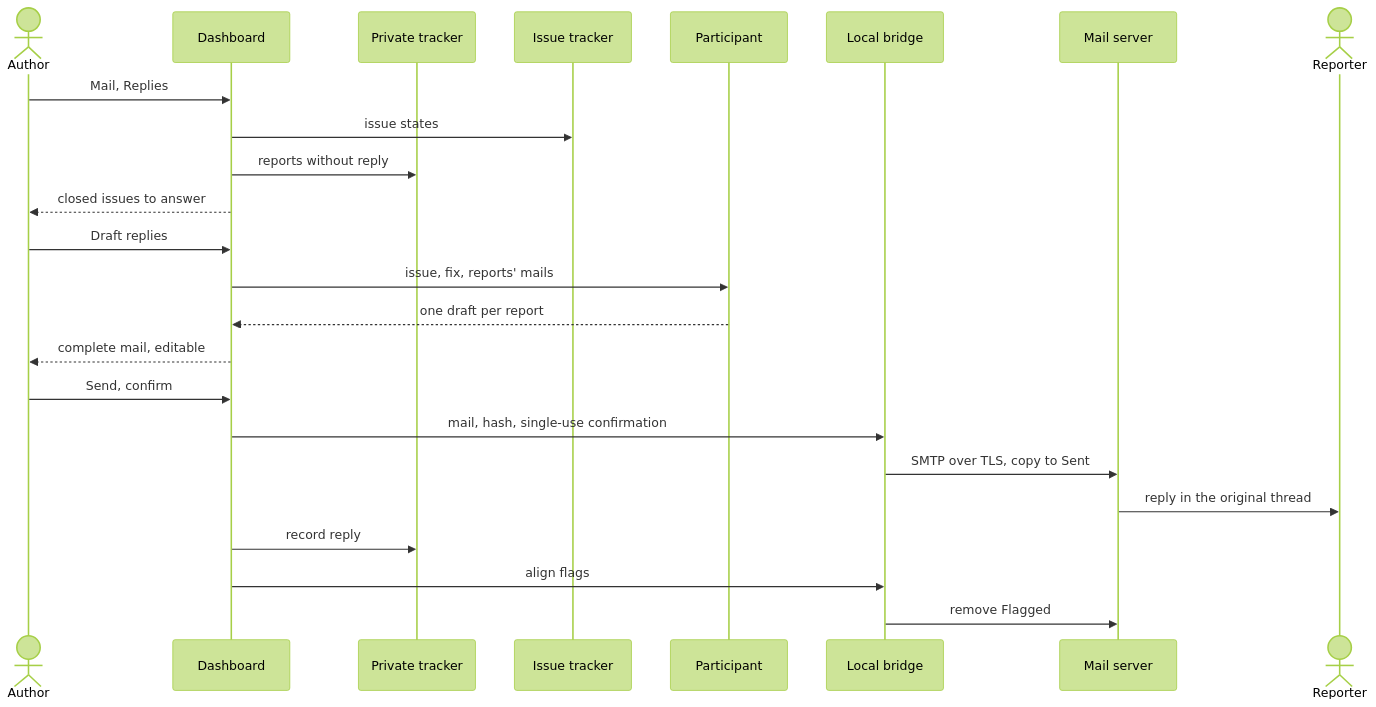
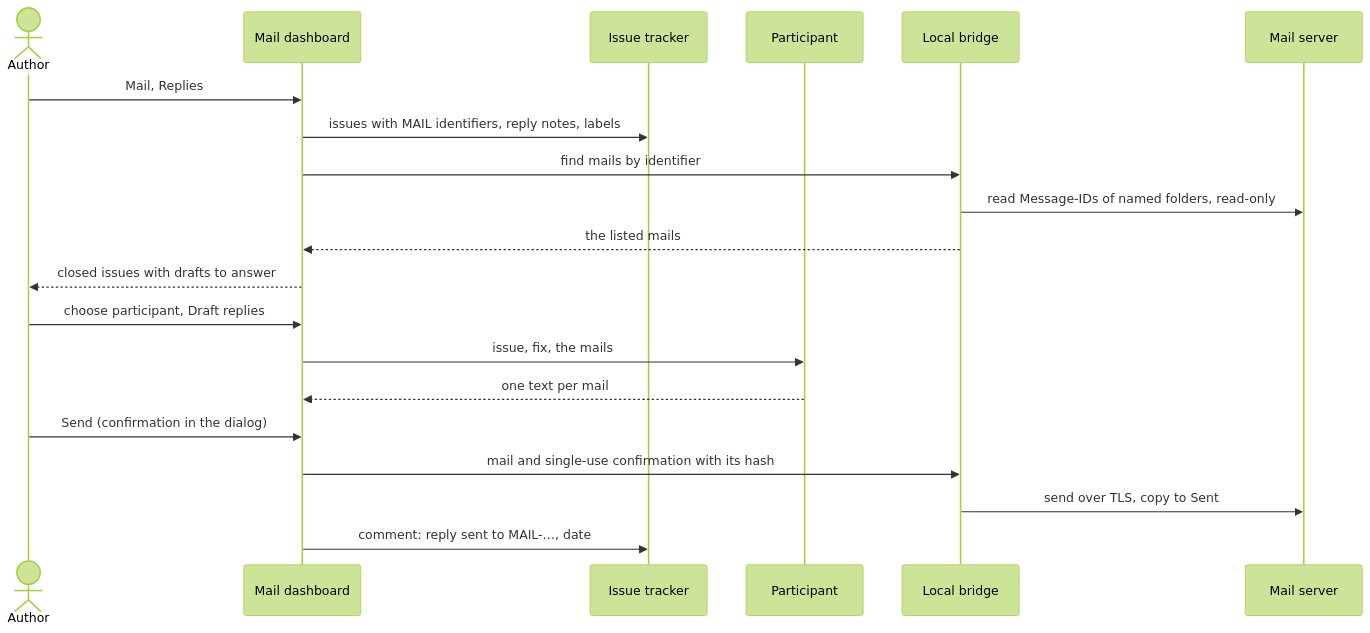
Before and after one commit to akmaier/agent-m: the diagram in docs/use-cases/UC-039-close-or-defer-an-issue-and-reply.md, drawn with Mermaid (forest theme). The commit also changed other lines of this file and 7 other files, not shown here.

First line of the commit message:
docs: Mail ohne privaten Tracker — Postfach speichert, Issue fuehrt Buch (PO 2026-09-29)

````diff
--- a/docs/use-cases/UC-039-close-or-defer-an-issue-and-reply.md
+++ b/docs/use-cases/UC-039-close-or-defer-an-issue-and-reply.md
@@ -98,26 +95,22 @@
 ```mermaid
 sequenceDiagram
     actor A as Author
-    participant D as Dashboard
-    participant T as Private tracker
+    participant D as Mail dashboard
     participant I as Issue tracker
     participant P as Participant
     participant B as Local bridge
     participant S as Mail server
-    actor R as Reporter
     A->>D: Mail, Replies
-    D->>I: issue states
-    D->>T: reports without reply
-    D-->>A: closed issues to answer
-    A->>D: Draft replies
-    D->>P: issue, fix, reports' mails
-    P-->>D: one draft per report
-    D-->>A: complete mail, editable
-    A->>D: Send, confirm
-    D->>B: mail, hash, single-use confirmation
-    B->>S: SMTP over TLS, copy to Sent
-    S->>R: reply in the original thread
-    D->>T: record reply
-    D->>B: align flags
-    B->>S: remove Flagged
+    D->>I: issues with MAIL identifiers, reply notes, labels
+    D->>B: find mails by identifier
+    B->>S: read Message-IDs of named folders, read-only
+    B-->>D: the listed mails
+    D-->>A: closed issues with drafts to answer
+    A->>D: choose participant, Draft replies
+    D->>P: issue, fix, the mails
+    P-->>D: one text per mail
+    A->>D: Send (confirmation in the dialog)
+    D->>B: mail and single-use confirmation with its hash
+    B->>S: send over TLS, copy to Sent
+    D->>I: comment: reply sent to MAIL-…, date
 ```
````
